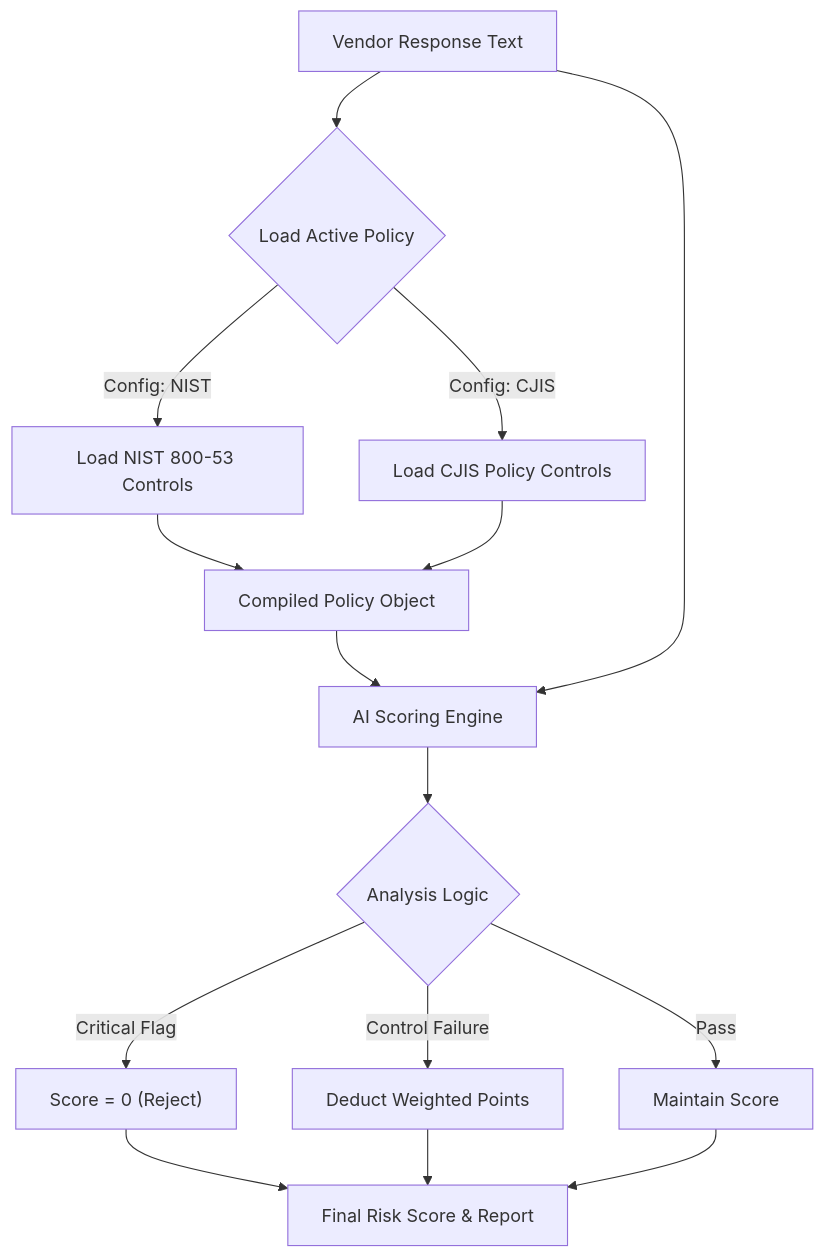
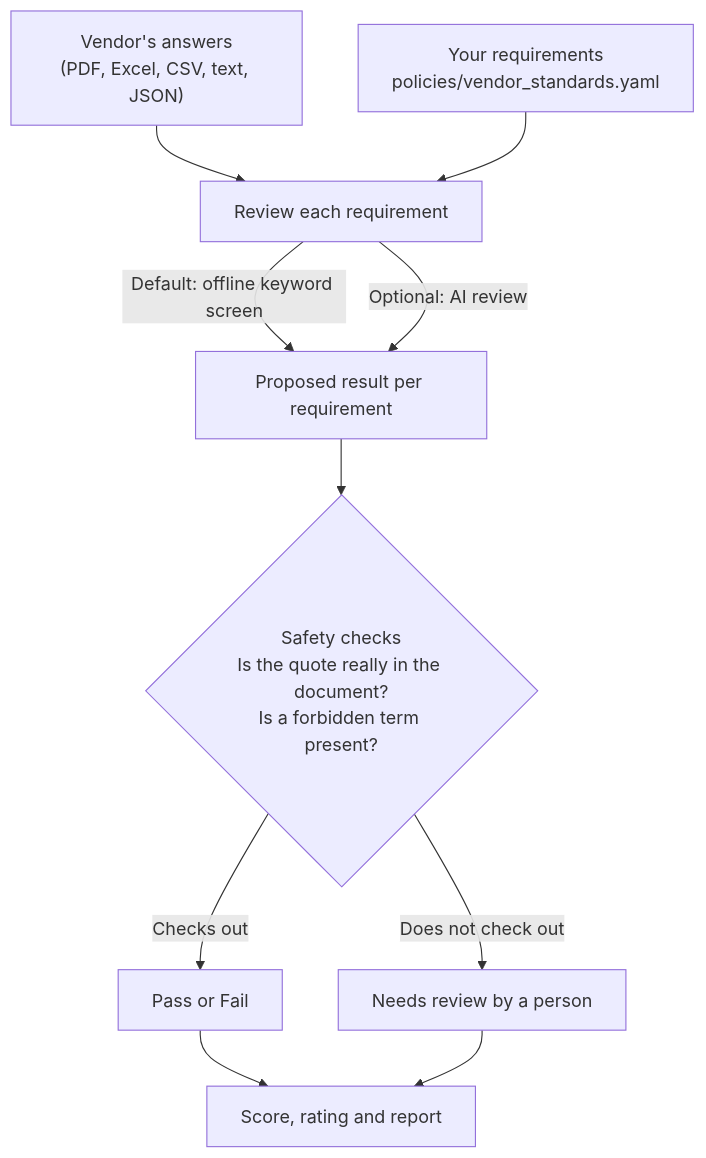
One commit to codyjkeller/ai-tprm-analyzer changed the diagram in README.md. Above: the diagram before and after it, drawn with Mermaid. The commit also changed other lines of this file and 38 other files, not shown here.

First line of the commit message:
Build the working vendor risk analyzer

````diff
--- a/README.md
+++ b/README.md
@@ -79,18 +37,11 @@
 ```mermaid
 graph TD
-    A["Vendor Response Text"] --> B{"Load Active Policy"}
-    B -->|Config: NIST| C["Load NIST 800-53 Controls"]
-    B -->|Config: CJIS| D["Load CJIS Policy Controls"]
-    
-    C & D --> E["Compiled Policy Object"]
-    
-    E --> F["AI Scoring Engine"]
-    A --> F
-    
-    F --> G{"Analysis Logic"}
-    G -->|Critical Flag| H["Score = 0 (Reject)"]
-    G -->|Control Failure| I["Deduct Weighted Points"]
-    G -->|Pass| J["Maintain Score"]
-    
-    H & I & J --> K["Final Risk Score & Report"]
+    A["Vendor's answers<br>(PDF, Excel, CSV, text, JSON)"] --> C["Review each requirement"]
+    B["Your requirements<br>policies/vendor_standards.yaml"] --> C
+    C -->|Default: offline keyword screen| D["Proposed result per requirement"]
+    C -->|Optional: AI review| D
+    D --> E{"Safety checks<br>Is the quote really in the document?<br>Is a forbidden term present?"}
+    E -->|Checks out| F["Pass or Fail"]
+    E -->|Does not check out| G["Needs review by a person"]
+    F & G --> H["Score, rating and report"]
 ```
````
